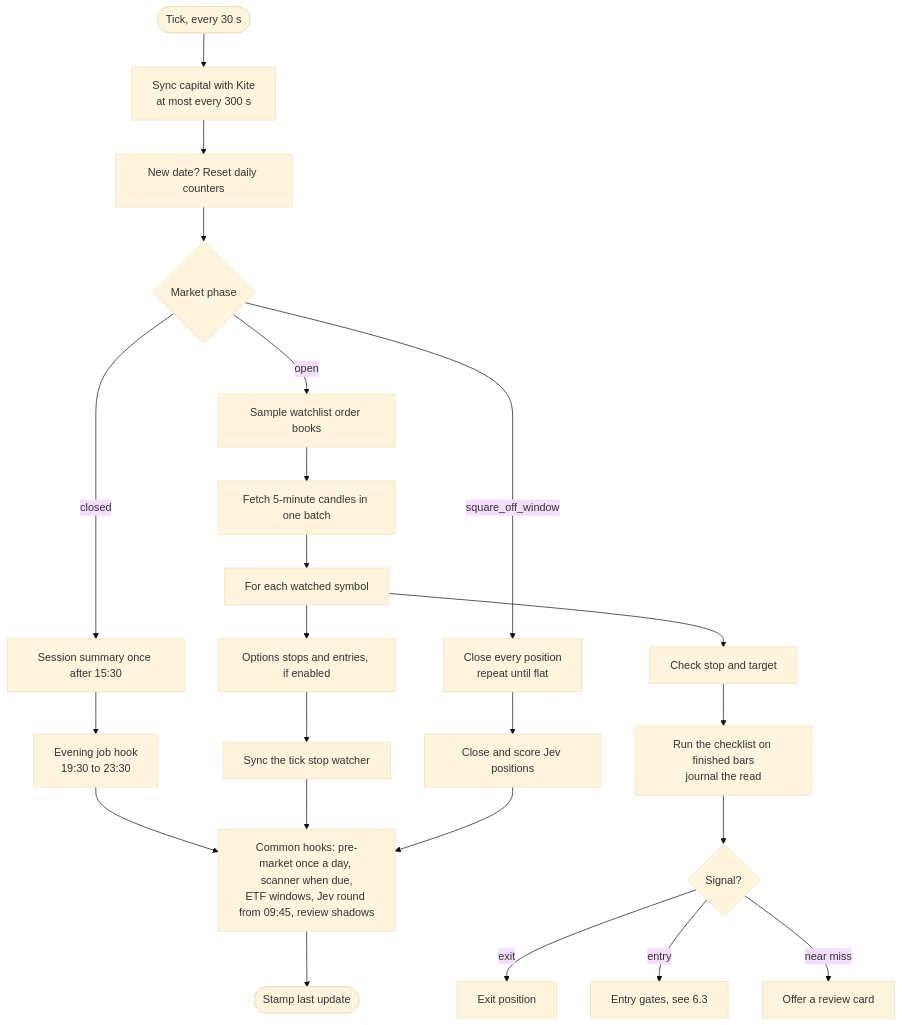
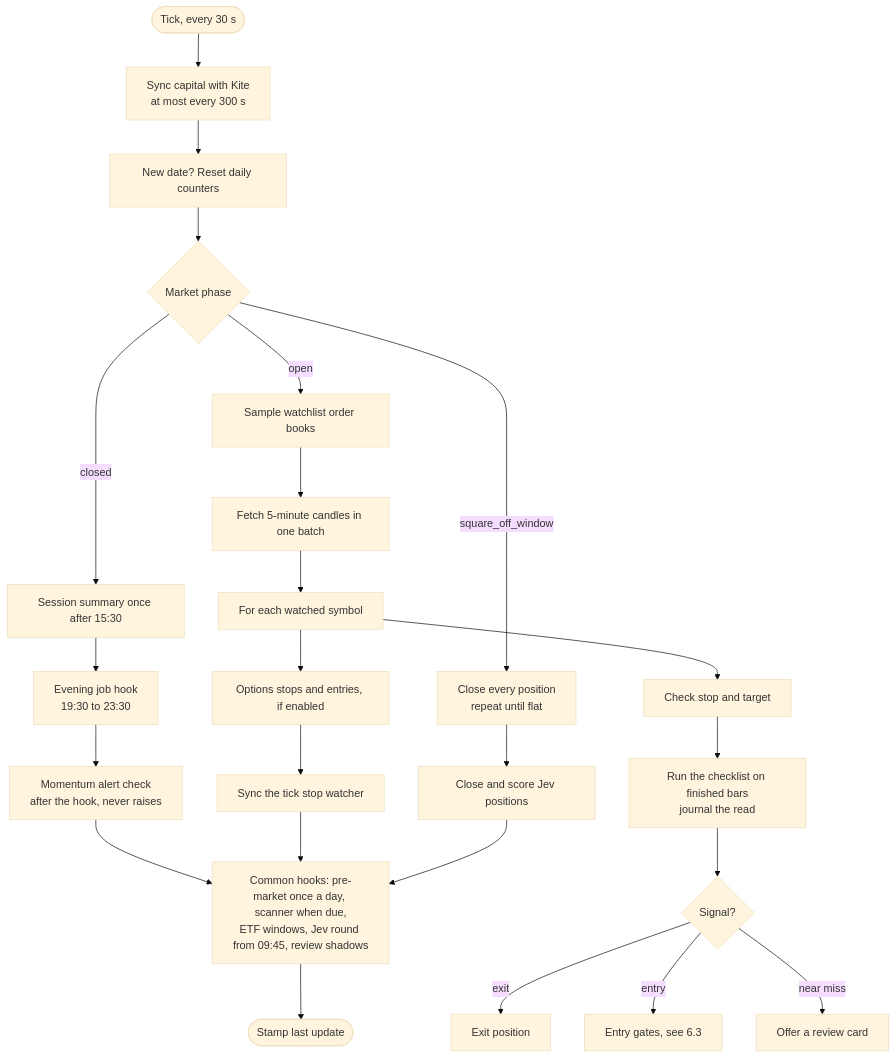
Before and after one commit to harshece16/intraday-trading-agent: the third of 8 diagrams in docs/architecture/HLD.md, drawn with Mermaid (base theme). The commit also changed other lines of this file and 22 other files, not shown here.

````diff
--- a/docs/architecture/HLD.md
+++ b/docs/architecture/HLD.md
@@ -190,25 +198,26 @@
 ```mermaid
 flowchart TD
     T(["Tick, every 30 s"]) --> Cap["Sync capital with Kite<br/>at most every 300 s"]
     Cap --> Roll["New date? Reset daily counters"]
     Roll --> Ph{"Market phase"}
     Ph -->|closed| C1["Session summary once after 15:30"]
     C1 --> C2["Evening job hook<br/>19:30 to 23:30"]
+    C2 --> C3["Momentum alert check<br/>after the hook, never raises"]
     Ph -->|open| O0["Sample watchlist order books"]
     O0 --> O1["Fetch 5-minute candles in one batch"]
     O1 --> O2["For each watched symbol"]
     O2 --> O3["Check stop and target"]
     O3 --> O4["Run the checklist on finished bars<br/>journal the read"]
     O4 --> O5{"Signal?"}
     O5 -->|"exit"| X["Exit position"]
     O5 -->|"entry"| G["Entry gates, see 6.3"]
     O5 -->|"near miss"| RQ["Offer a review card"]
     O2 --> F["Options stops and entries, if enabled"]
     F --> SW["Sync the tick stop watcher"]
     Ph -->|square_off_window| S1["Close every position<br/>repeat until flat"]
     S1 --> S2["Close and score Jev positions"]
-    C2 --> Com
+    C3 --> Com
     SW --> Com
     S2 --> Com
     Com["Common hooks: pre-market once a day, scanner when due,<br/>ETF windows, Jev round from 09:45, review shadows"] --> E(["Stamp last update"])
 ```
````
